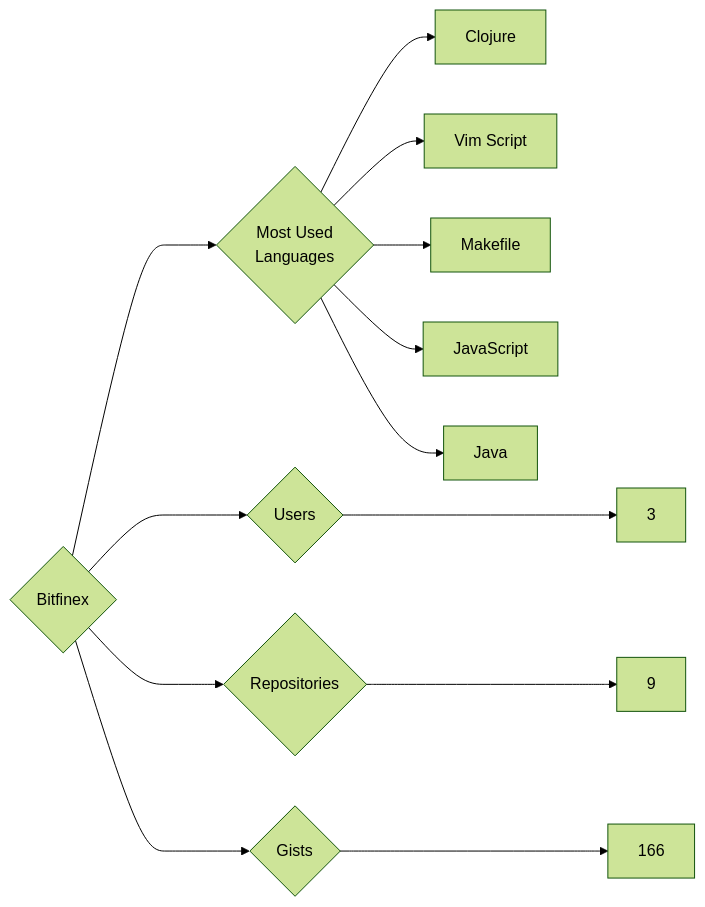
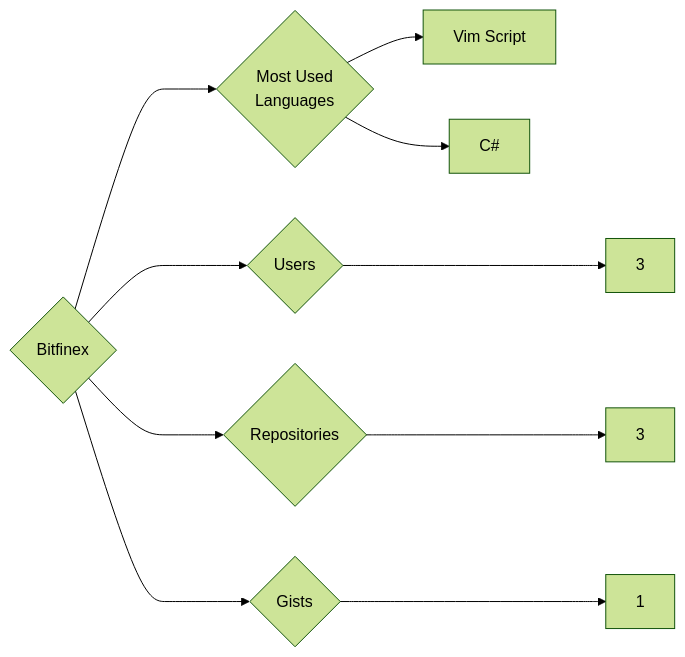
Before and after one commit to trickest/insiders: the diagram in targets/Bitfinex/README.md, drawn with Mermaid (forest theme). The commit also changed 1078 other files, not shown here.

````diff
--- a/targets/Bitfinex/README.md
+++ b/targets/Bitfinex/README.md
@@ -3,13 +3,10 @@
 ```mermaid
 graph LR
 COMPANY_NAME{Bitfinex}
 COMPANY_NAME ---> U{Users} ---> UN[3]
-COMPANY_NAME ---> R{Repositories} ---> RN[9]
-COMPANY_NAME ---> G{Gists} ---> GN[166]
+COMPANY_NAME ---> R{Repositories} ---> RN[3]
+COMPANY_NAME ---> G{Gists} ---> GN[1]
 COMPANY_NAME ---> ML{Most Used<br>Languages}
-ML --> Clojure[Clojure]
 ML --> Vim_Script[Vim Script]
-ML --> Makefile[Makefile]
-ML --> JavaScript[JavaScript]
-ML --> Java[Java]
+ML --> C#[C#]
 ```
````
